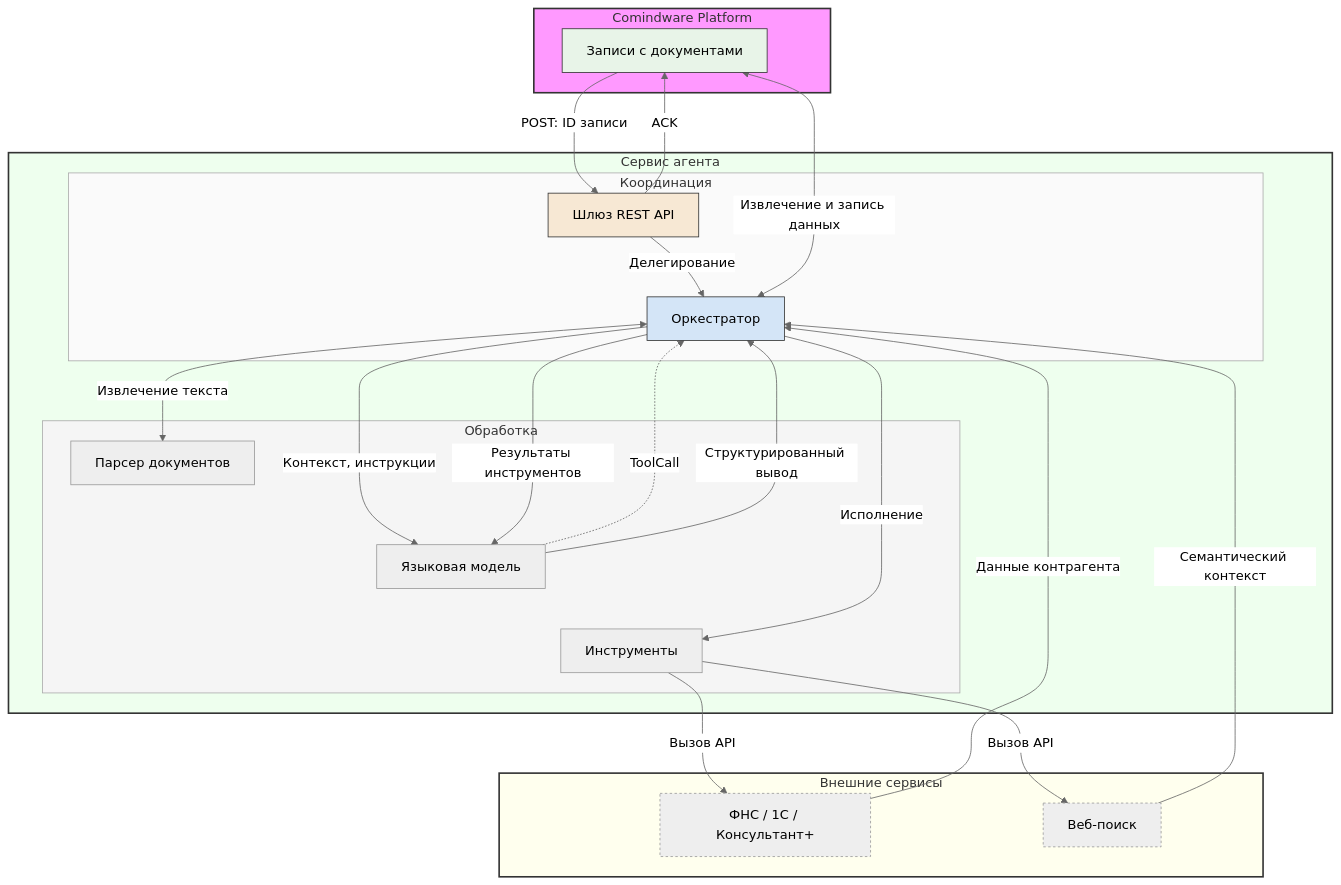
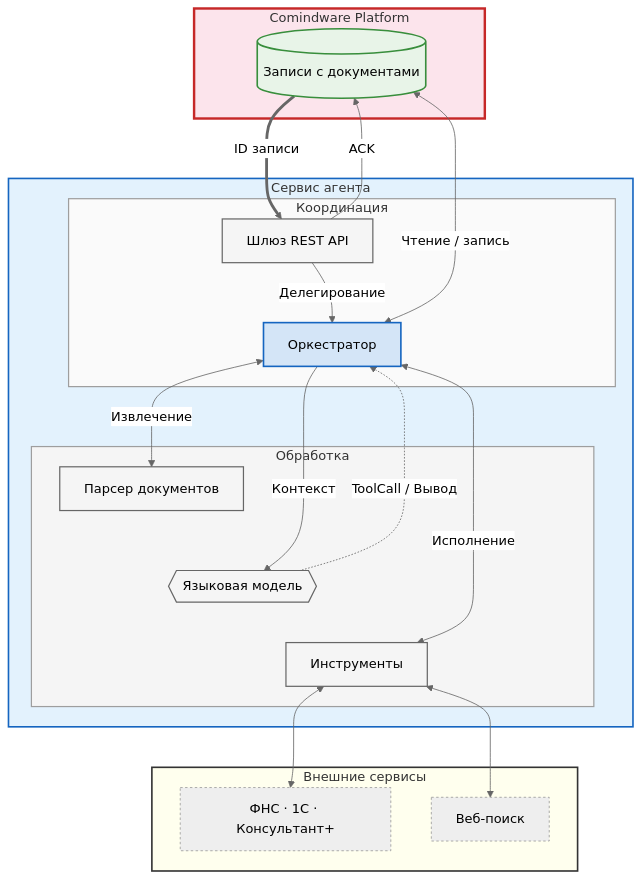
The diagram in docs/research/executive-research-technology-transfer/report-pack/20260420-document-agent-architecture-ru.md (arterm-sedov/cmw-rag), drawn with Mermaid (neutral theme) before and after one commit. The commit also changed other lines of this file, not shown here.

Commit message:
docs: redesign agent architecture diagram and streamline business operations

````diff
--- a/docs/research/executive-research-technology-transfer/report-pack/20260420-document-agent-architecture-ru.md
+++ b/docs/research/executive-research-technology-transfer/report-pack/20260420-document-agent-architecture-ru.md
@@ -73,54 +75,55 @@
 ```mermaid
 flowchart TD
-    subgraph Comindware [Comindware Platform]
-        A[Записи с документами]
+    classDef cmw fill:#e8f4e8,stroke:#388e3c,stroke-width:2px
+    classDef core fill:#d4e5f7,stroke:#1565c0,stroke-width:2px
+    classDef proc fill:#f5f5f5,stroke:#666,stroke-width:1.5px
+    classDef ext stroke-dasharray:3 3
+
+    subgraph CMW [Comindware Platform]
+        A[(Записи с документами)]
     end
 
     subgraph Agent [Сервис агента]
         subgraph Coord [Координация]
             B[Шлюз REST API]
             C[Оркестратор]
         end
         subgraph Proc [Обработка]
             D[Парсер документов]
-            E[Языковая модель]
+            E{{Языковая модель}}
             F[Инструменты]
         end
     end
 
     subgraph Ext [Внешние сервисы]
-        G[ФНС / 1С / Консультант+]
+        G[ФНС · 1С · Консультант+]
         H[Веб-поиск]
     end
 
     B ~~~ C
     D ~~~ E
     E ~~~ F
     F ~~~ G
 
-    A -->|POST: ID записи| B
+    A ==>|ID записи| B
     B -->|ACK| A
     B -->|Делегирование| C
-    C <-->|Извлечение текста| D
-    C -->|Контекст, инструкции| E
-    E -.->|ToolCall| C
-    C -->|Исполнение| F
-    F -->|Вызов API| G
-    F -->|Вызов API| H
-    G -->|Данные контрагента| C
-    H -->|Семантический контекст| C
-    C -->|Результаты инструментов| E
-    E -->|Структурированный вывод| C
-    C <-->|Извлечение и запись данных| A
+    C <-->|Чтение / запись| A
+    C <-->|Извлечение| D
+    C -->|Контекст| E
+    E -.->|ToolCall / Вывод| C
+    C <-->|Исполнение| F
+    F <--> G
+    F <--> H
 
-    style A fill:#e8f4e8,stroke:#333
-    style C fill:#d4e5f7,stroke:#333
-    style B fill:#f7e8d4,stroke:#333
-    style G stroke-dasharray:3 3
-    style H stroke-dasharray:3 3
-    style Comindware fill:#f9f,stroke:#333,stroke-width:2
-    style Agent fill:#efe,stroke:#333,stroke-width:2
+    class A cmw
+    class C core
+    class B,D,E,F proc
+    class G,H ext
+
+    style CMW fill:#fce4ec,stroke:#c62828,stroke-width:3px
+    style Agent fill:#e3f2fd,stroke:#1565c0,stroke-width:2px
     style Ext fill:#ffe,stroke:#333,stroke-width:2
-    style Coord fill:#fafafa,stroke:#aaa
-    style Proc fill:#f5f5f5,stroke:#aaa
+    style Coord fill:#fafafa,stroke:#9e9e9e,stroke-width:1.5px
+    style Proc fill:#f5f5f5,stroke:#9e9e9e,stroke-width:1.5px
 ```
````
